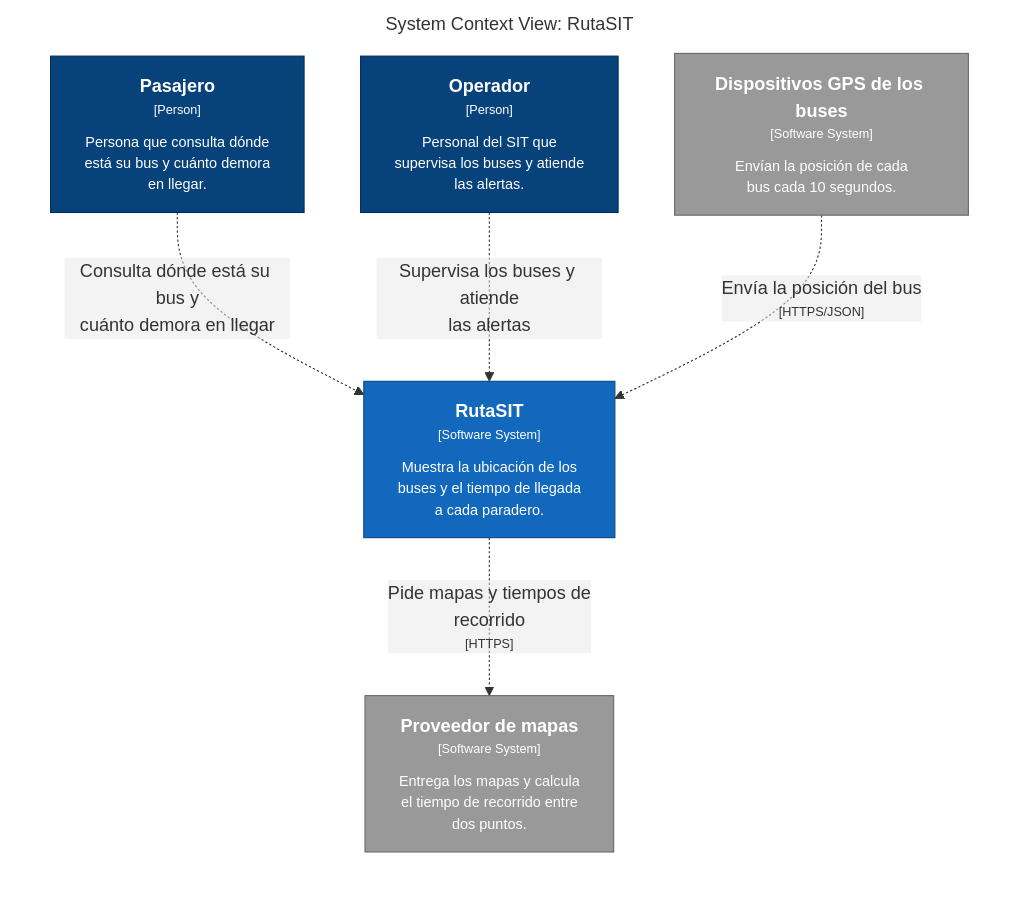
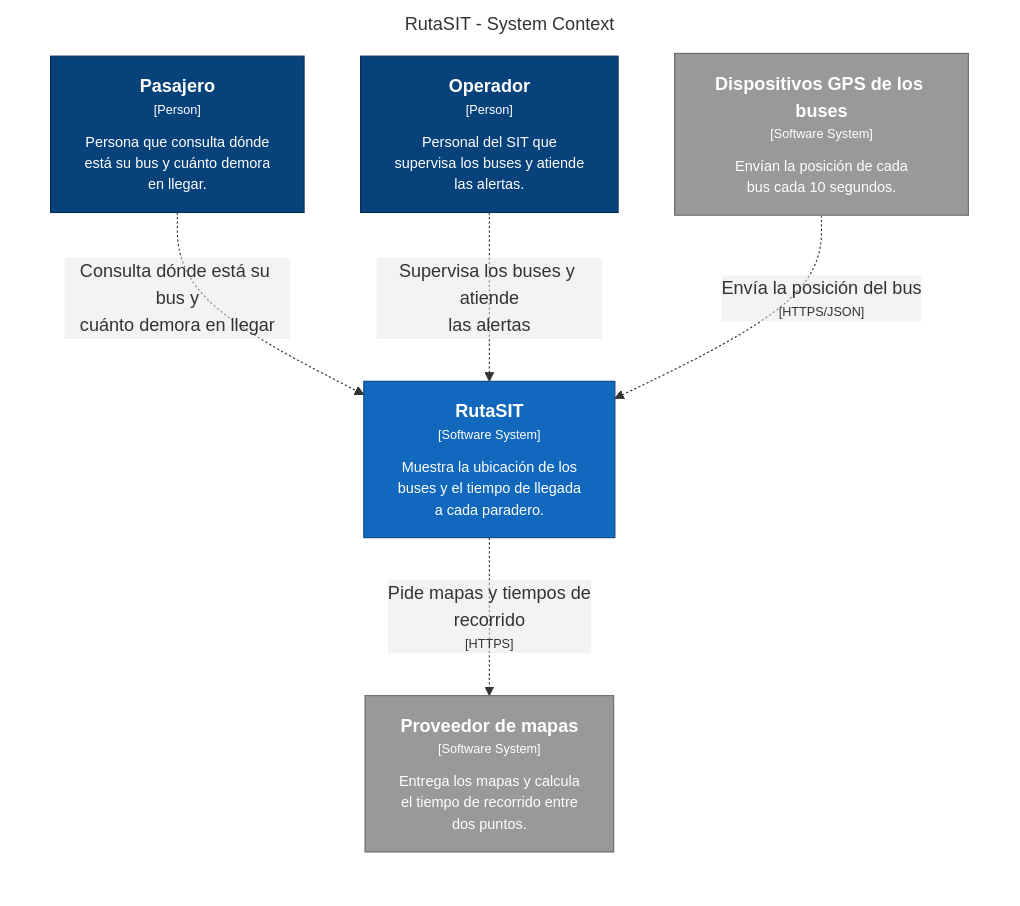
Before and after one commit to R0otDrigo/cs-2026b-lab04-grupo06: the diagram in docs/architecture/c4/export/structurizr-Contexto.mmd, drawn with Mermaid. The commit also changed 19 other files, not shown here.

Commit message:
CI: regenerar diagramas C4 y Mermaid [skip ci]

```diff
--- a/docs/architecture/c4/export/structurizr-Contexto.mmd
+++ b/docs/architecture/c4/export/structurizr-Contexto.mmd
@@ -1,23 +1,22 @@
 graph LR
   linkStyle default fill:#ffffff
 
-  subgraph diagram ["System Context View: RutaSIT"]
+  subgraph diagram [RutaSIT - System Context]
     style diagram fill:#ffffff,stroke:#ffffff
 
     1["<div style='font-weight: bold'>Pasajero</div><div style='font-size: 70%; margin-top: 0px'>[Person]</div><div style='font-size: 80%; margin-top:10px'>Persona que consulta dónde<br />está su bus y cuánto demora<br />en llegar.</div>"]
     style 1 fill:#08427b,stroke:#052e56,color:#ffffff
     2["<div style='font-weight: bold'>Operador</div><div style='font-size: 70%; margin-top: 0px'>[Person]</div><div style='font-size: 80%; margin-top:10px'>Personal del SIT que<br />supervisa los buses y atiende<br />las alertas.</div>"]
     style 2 fill:#08427b,stroke:#052e56,color:#ffffff
     3["<div style='font-weight: bold'>Dispositivos GPS de los buses</div><div style='font-size: 70%; margin-top: 0px'>[Software System]</div><div style='font-size: 80%; margin-top:10px'>Envían la posición de cada<br />bus cada 10 segundos.</div>"]
     style 3 fill:#999999,stroke:#6b6b6b,color:#ffffff
     4["<div style='font-weight: bold'>Proveedor de mapas</div><div style='font-size: 70%; margin-top: 0px'>[Software System]</div><div style='font-size: 80%; margin-top:10px'>Entrega los mapas y calcula<br />el tiempo de recorrido entre<br />dos puntos.</div>"]
     style 4 fill:#999999,stroke:#6b6b6b,color:#ffffff
     5["<div style='font-weight: bold'>RutaSIT</div><div style='font-size: 70%; margin-top: 0px'>[Software System]</div><div style='font-size: 80%; margin-top:10px'>Muestra la ubicación de los<br />buses y el tiempo de llegada<br />a cada paradero.</div>"]
     style 5 fill:#1168bd,stroke:#0b4884,color:#ffffff
 
     1-. "<div>Consulta dónde está su bus y<br />cuánto demora en llegar</div><div style='font-size: 70%'></div>" .->5
     2-. "<div>Supervisa los buses y atiende<br />las alertas</div><div style='font-size: 70%'></div>" .->5
     3-. "<div>Envía la posición del bus</div><div style='font-size: 70%'>[HTTPS/JSON]</div>" .->5
     5-. "<div>Pide mapas y tiempos de<br />recorrido</div><div style='font-size: 70%'>[HTTPS]</div>" .->4
-
   end
```
